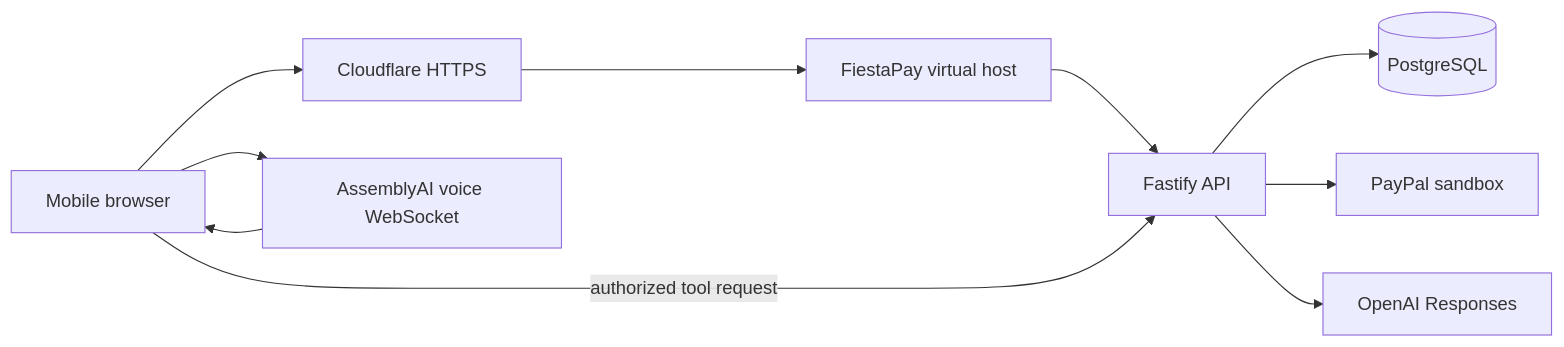
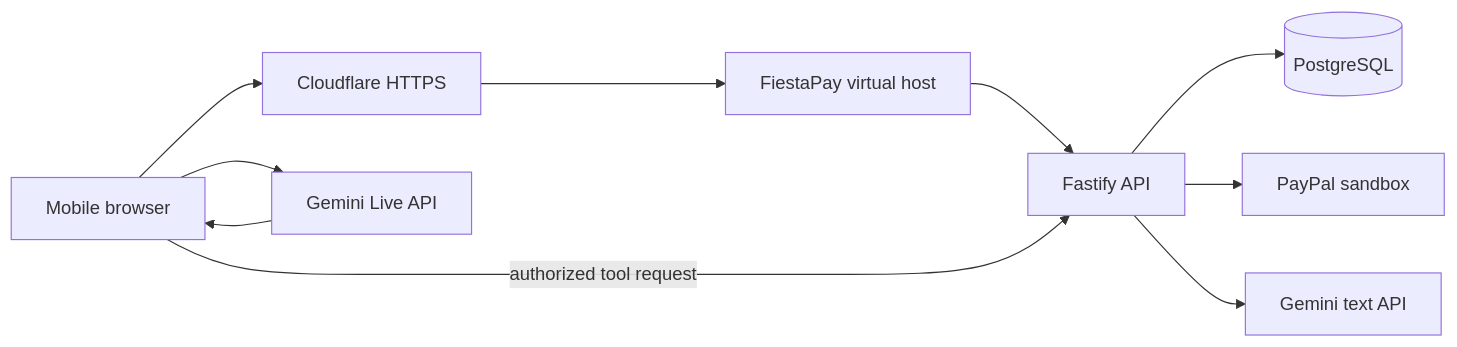
The diagram in docs/ARCHITECTURE.md (jlmawyin/fiestapay), drawn with Mermaid before and after one commit. The commit also changed other lines of this file and 41 other files, not shown here.

````diff
--- a/docs/ARCHITECTURE.md
+++ b/docs/ARCHITECTURE.md
@@ -5,12 +5,12 @@
 ```mermaid
 flowchart LR
   Browser[Mobile browser] --> CF[Cloudflare HTTPS]
   CF --> Nginx[FiestaPay virtual host]
   Nginx --> API[Fastify API]
   API --> DB[(PostgreSQL)]
   API --> PayPal[PayPal sandbox]
-  API --> LLM[OpenAI Responses]
-  Browser --> Voice[AssemblyAI voice WebSocket]
+  API --> LLM[Gemini text API]
+  Browser --> Voice[Gemini Live API]
   Voice --> Browser
   Browser -->|authorized tool request| API
 ```
````
